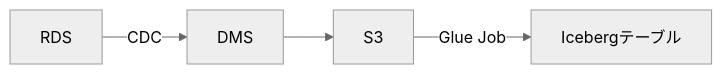
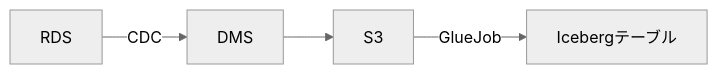
The third of 6 diagrams in _blog/source/_posts/2024-12-19-rds-replicate-to-glue-iceberg-table.md (kenzo0107/kenzo0107.github.io), drawn with Mermaid (neutral theme) before and after one commit. The commit also changed other lines of this file and 10 other files, not shown here.

````diff
--- a/_blog/source/_posts/2024-12-19-rds-replicate-to-glue-iceberg-table.md
+++ b/_blog/source/_posts/2024-12-19-rds-replicate-to-glue-iceberg-table.md
@@ -70,5 +70,5 @@
 ```mermaid
 graph LR
 
-RDS--CDC-->DMS-->S3--Glue Job-->Icebergテーブル
+RDS--CDC-->DMS-->S3--GlueJob-->Icebergテーブル
 ```
````
